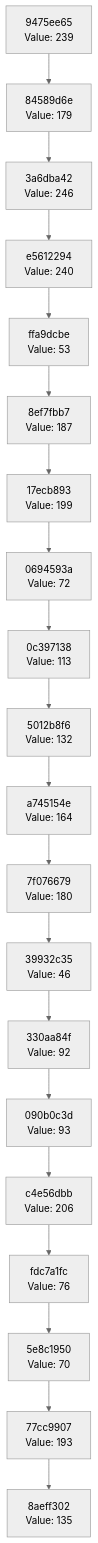
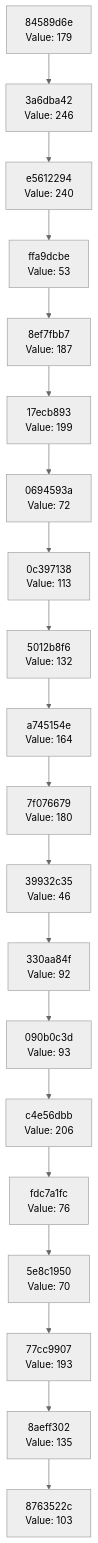
The diagram in docs/CHAIN_VISUALIZATION.md (Abhisheksinha1506/hash-chain-evolver), drawn with Mermaid (neutral theme) before and after one commit. The commit also changed 2 other files, not shown here.

Commit message:
Evolution Step

````diff
--- a/docs/CHAIN_VISUALIZATION.md
+++ b/docs/CHAIN_VISUALIZATION.md
@@ -3,42 +3,42 @@
 ```mermaid
 graph TD
-    C0["8aeff302<br/>Value: 135"]
-    C1["77cc9907<br/>Value: 193"]
+    C0["8763522c<br/>Value: 103"]
+    C1["8aeff302<br/>Value: 135"]
     C1 --> C0
-    C2["5e8c1950<br/>Value: 70"]
+    C2["77cc9907<br/>Value: 193"]
     C2 --> C1
-    C3["fdc7a1fc<br/>Value: 76"]
+    C3["5e8c1950<br/>Value: 70"]
     C3 --> C2
-    C4["c4e56dbb<br/>Value: 206"]
+    C4["fdc7a1fc<br/>Value: 76"]
     C4 --> C3
-    C5["090b0c3d<br/>Value: 93"]
+    C5["c4e56dbb<br/>Value: 206"]
     C5 --> C4
-    C6["330aa84f<br/>Value: 92"]
+    C6["090b0c3d<br/>Value: 93"]
     C6 --> C5
-    C7["39932c35<br/>Value: 46"]
+    C7["330aa84f<br/>Value: 92"]
     C7 --> C6
-    C8["7f076679<br/>Value: 180"]
+    C8["39932c35<br/>Value: 46"]
     C8 --> C7
-    C9["a745154e<br/>Value: 164"]
+    C9["7f076679<br/>Value: 180"]
     C9 --> C8
-    C10["5012b8f6<br/>Value: 132"]
+    C10["a745154e<br/>Value: 164"]
     C10 --> C9
-    C11["0c397138<br/>Value: 113"]
+    C11["5012b8f6<br/>Value: 132"]
     C11 --> C10
-    C12["0694593a<br/>Value: 72"]
+    C12["0c397138<br/>Value: 113"]
     C12 --> C11
-    C13["17ecb893<br/>Value: 199"]
+    C13["0694593a<br/>Value: 72"]
     C13 --> C12
-    C14["8ef7fbb7<br/>Value: 187"]
+    C14["17ecb893<br/>Value: 199"]
     C14 --> C13
-    C15["ffa9dcbe<br/>Value: 53"]
+    C15["8ef7fbb7<br/>Value: 187"]
     C15 --> C14
-    C16["e5612294<br/>Value: 240"]
+    C16["ffa9dcbe<br/>Value: 53"]
     C16 --> C15
-    C17["3a6dba42<br/>Value: 246"]
+    C17["e5612294<br/>Value: 240"]
     C17 --> C16
-    C18["84589d6e<br/>Value: 179"]
+    C18["3a6dba42<br/>Value: 246"]
     C18 --> C17
-    C19["9475ee65<br/>Value: 239"]
+    C19["84589d6e<br/>Value: 179"]
     C19 --> C18
 ```
````
